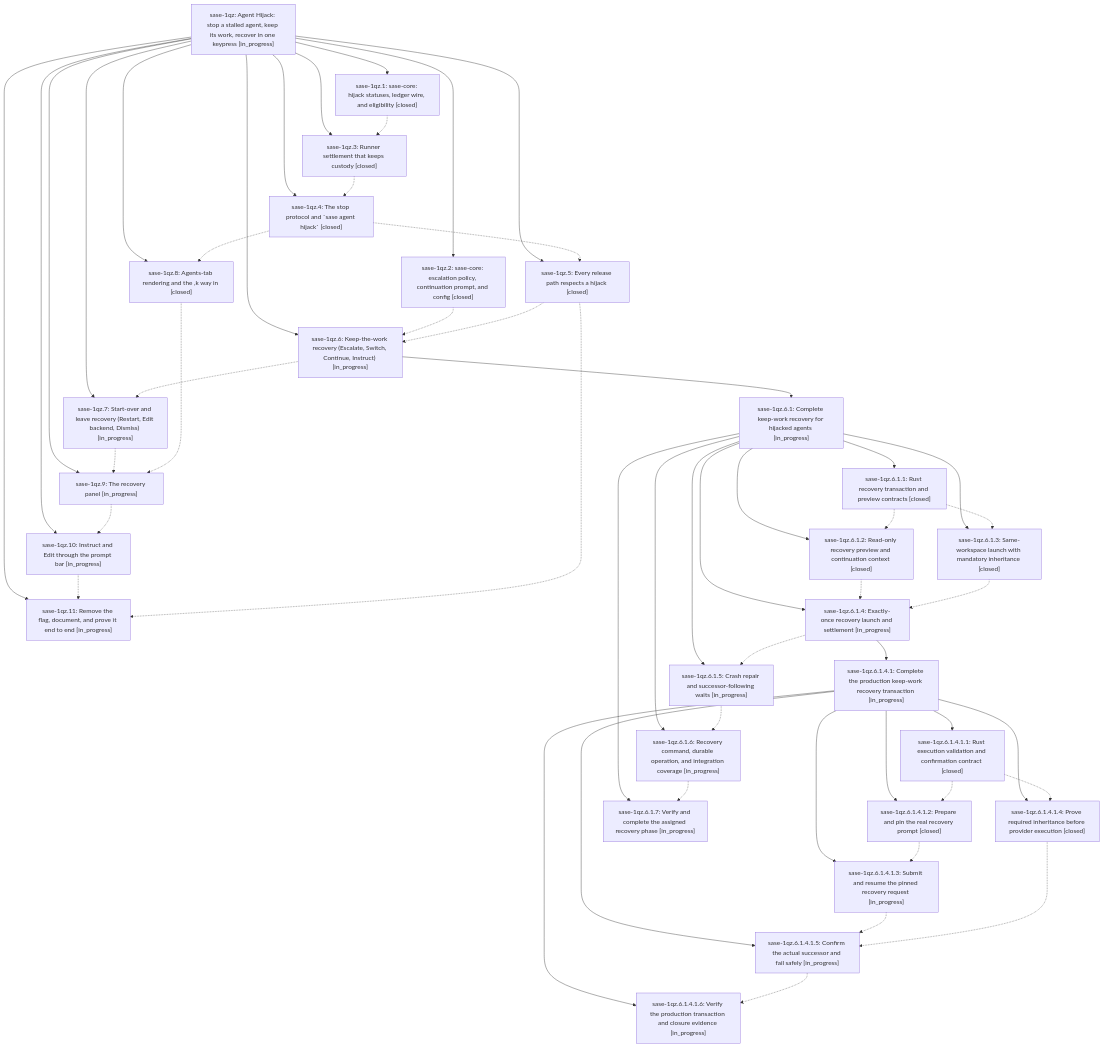
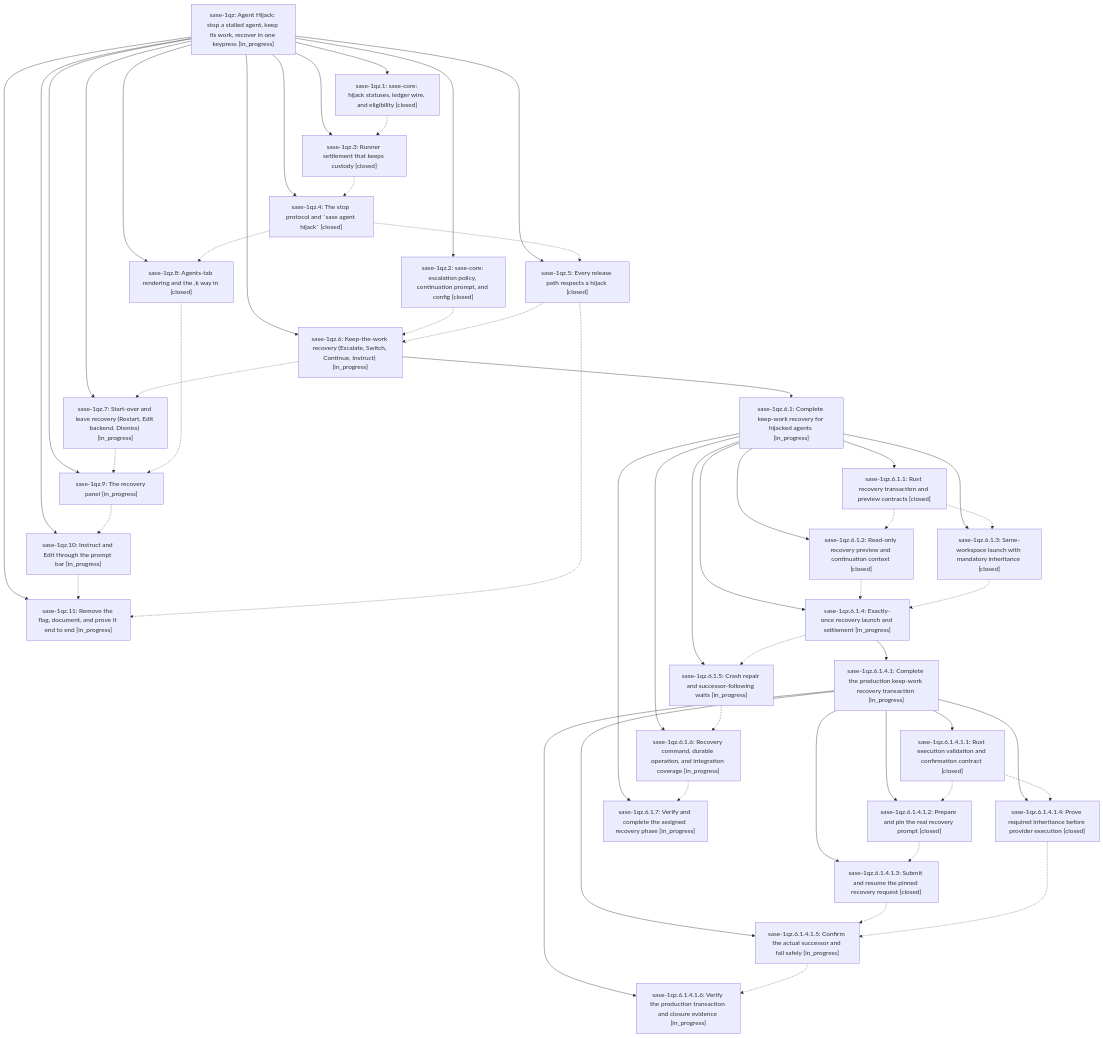
The diagram in pages/sase-1qz/README.md (sase-org/sase--beads), drawn with Mermaid before and after one commit. The commit also changed other lines of this file and 4 other files, not shown here.

````diff
--- a/pages/sase-1qz/README.md
+++ b/pages/sase-1qz/README.md
@@ -36,81 +36,81 @@
 ```mermaid
 flowchart TD
     n0["sase-1qz: Agent Hijack: stop a stalled agent, keep its work, recover in one keypress [in_progress]"]
     n1["sase-1qz.1: sase-core: hijack statuses, ledger wire, and eligibility [closed]"]
     n2["sase-1qz.10: Instruct and Edit through the prompt bar [in_progress]"]
     n3["sase-1qz.11: Remove the flag, document, and prove it end to end [in_progress]"]
     n4["sase-1qz.2: sase-core: escalation policy, continuation prompt, and config [closed]"]
     n5["sase-1qz.3: Runner settlement that keeps custody [closed]"]
     n6["sase-1qz.4: The stop protocol and `sase agent hijack` [closed]"]
     n7["sase-1qz.5: Every release path respects a hijack [closed]"]
     n8["sase-1qz.6: Keep-the-work recovery (Escalate, Switch, Continue, Instruct) [in_progress]"]
     n9["sase-1qz.6.1: Complete keep-work recovery for hijacked agents [in_progress]"]
     n10["sase-1qz.6.1.1: Rust recovery transaction and preview contracts [closed]"]
     n11["sase-1qz.6.1.2: Read-only recovery preview and continuation context [closed]"]
     n12["sase-1qz.6.1.3: Same-workspace launch with mandatory inheritance [closed]"]
     n13["sase-1qz.6.1.4: Exactly-once recovery launch and settlement [in_progress]"]
     n14["sase-1qz.6.1.4.1: Complete the production keep-work recovery transaction [in_progress]"]
     n15["sase-1qz.6.1.4.1.1: Rust execution validation and confirmation contract [closed]"]
     n16["sase-1qz.6.1.4.1.2: Prepare and pin the real recovery prompt [closed]"]
-    n17["sase-1qz.6.1.4.1.3: Submit and resume the pinned recovery request [in_progress]"]
+    n17["sase-1qz.6.1.4.1.3: Submit and resume the pinned recovery request [closed]"]
     n18["sase-1qz.6.1.4.1.4: Prove required inheritance before provider execution [closed]"]
     n19["sase-1qz.6.1.4.1.5: Confirm the actual successor and fail safely [in_progress]"]
     n20["sase-1qz.6.1.4.1.6: Verify the production transaction and closure evidence [in_progress]"]
     n21["sase-1qz.6.1.5: Crash repair and successor-following waits [in_progress]"]
     n22["sase-1qz.6.1.6: Recovery command, durable operation, and integration coverage [in_progress]"]
     n23["sase-1qz.6.1.7: Verify and complete the assigned recovery phase [in_progress]"]
     n24["sase-1qz.7: Start-over and leave recovery (Restart, Edit backend, Dismiss) [in_progress]"]
     n25["sase-1qz.8: Agents-tab rendering and the ,k way in [closed]"]
     n26["sase-1qz.9: The recovery panel [in_progress]"]
     n0 --> n1
     n0 --> n2
     n0 --> n3
     n0 --> n4
     n0 --> n5
     n0 --> n6
     n0 --> n7
     n0 --> n8
     n8 --> n9
     n9 --> n10
     n9 --> n11
     n9 --> n12
     n9 --> n13
     n13 --> n14
     n14 --> n15
     n14 --> n16
     n14 --> n17
     n14 --> n18
     n14 --> n19
     n14 --> n20
     n9 --> n21
     n9 --> n22
     n9 --> n23
     n0 --> n24
     n0 --> n25
     n0 --> n26
     n1 -.-> n5
     n2 -.-> n3
     n4 -.-> n8
     n5 -.-> n6
     n6 -.-> n7
     n6 -.-> n25
     n7 -.-> n3
     n7 -.-> n8
     n8 -.-> n24
     n10 -.-> n11
     n10 -.-> n12
     n11 -.-> n13
     n12 -.-> n13
     n13 -.-> n21
     n15 -.-> n16
     n15 -.-> n18
     n16 -.-> n17
     n17 -.-> n19
     n18 -.-> n19
     n19 -.-> n20
     n21 -.-> n22
     n22 -.-> n23
     n24 -.-> n26
     n25 -.-> n26
     n26 -.-> n2
 ```
````
